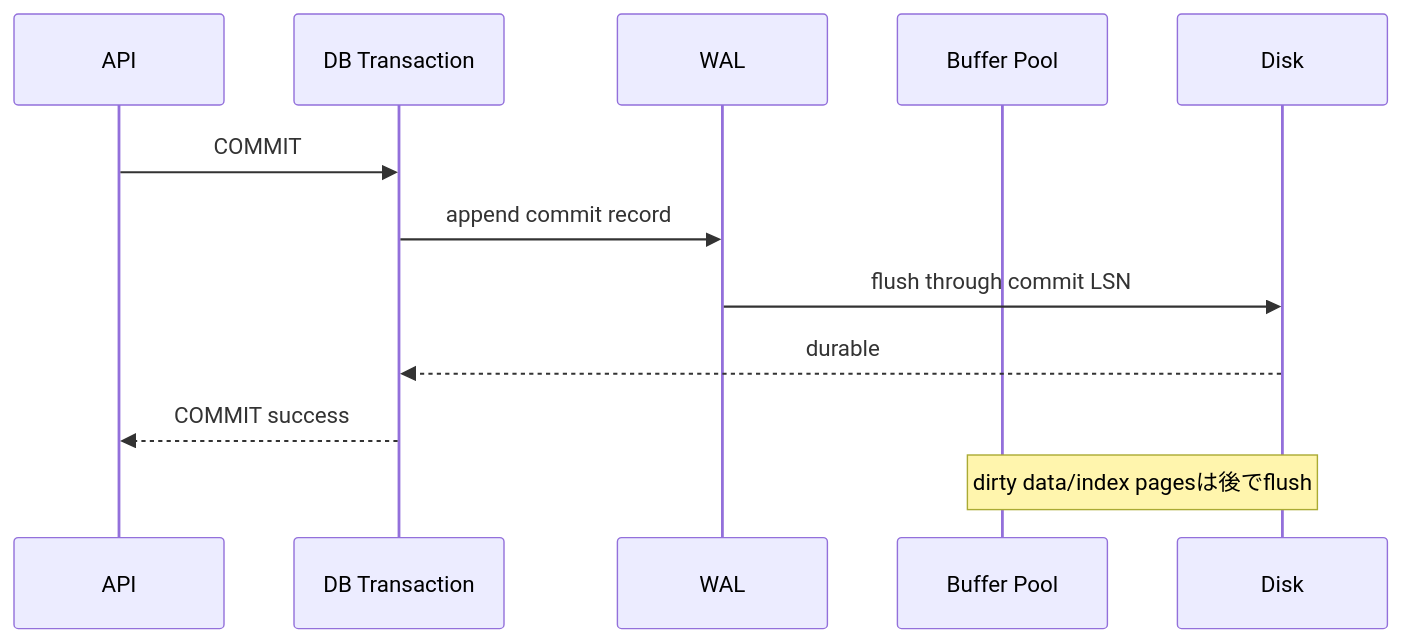
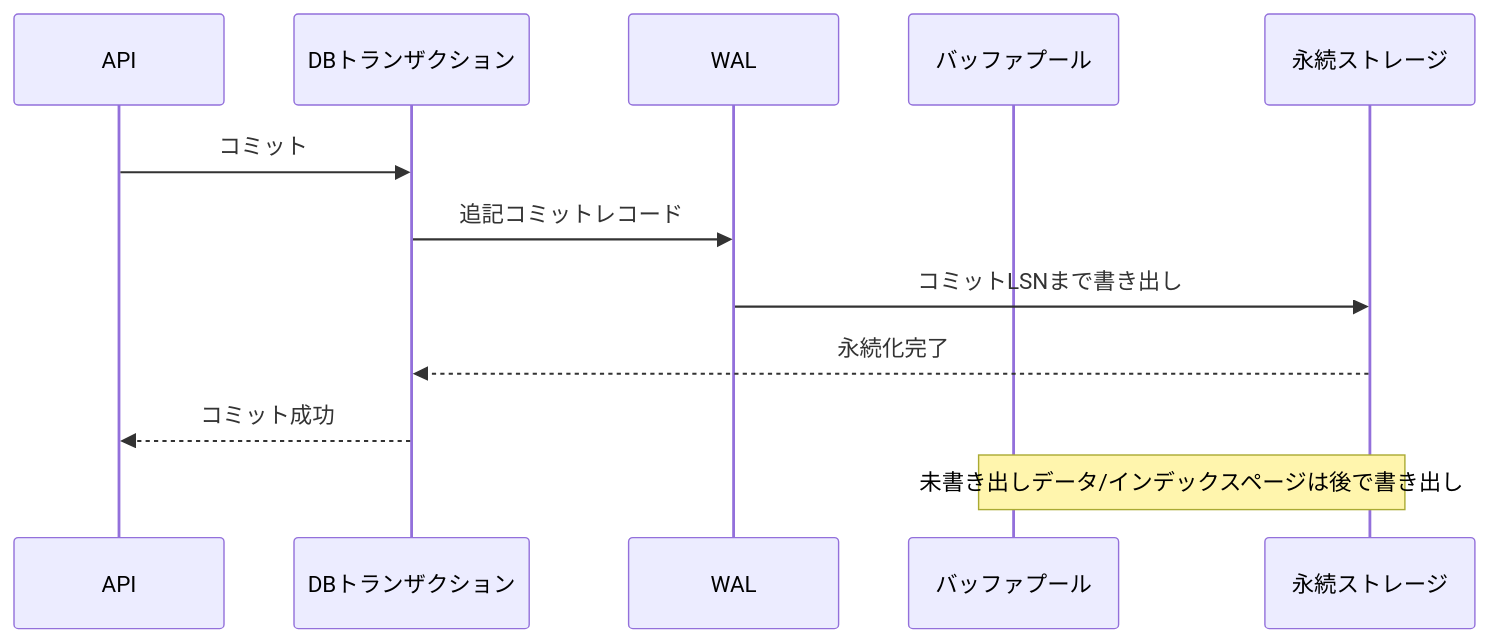
The fourth of 8 diagrams in src/content/docs/06-operations/18-capstone.md (hirunebot/database-systems-book), drawn with Mermaid before and after one commit. The commit also changed other lines of this file and 42 other files, not shown here.

````diff
--- a/src/content/docs/06-operations/18-capstone.md
+++ b/src/content/docs/06-operations/18-capstone.md
@@ -290,15 +290,15 @@
 ```mermaid
 sequenceDiagram
     participant API
-    participant Tx as DB Transaction
+    participant Tx as DBトランザクション
     participant WAL
-    participant BP as Buffer Pool
-    participant Disk
+    participant BP as バッファプール
+    participant Disk as 永続ストレージ
 
-    API->>Tx: COMMIT
-    Tx->>WAL: append commit record
-    WAL->>Disk: flush through commit LSN
-    Disk-->>Tx: durable
-    Tx-->>API: COMMIT success
-    Note over BP,Disk: dirty data/index pagesは後でflush
+    API->>Tx: コミット
+    Tx->>WAL: 追記コミットレコード
+    WAL->>Disk: コミットLSNまで書き出し
+    Disk-->>Tx: 永続化完了
+    Tx-->>API: コミット成功
+    Note over BP,Disk: 未書き出しデータ/インデックスページは後で書き出し
 ```
````
